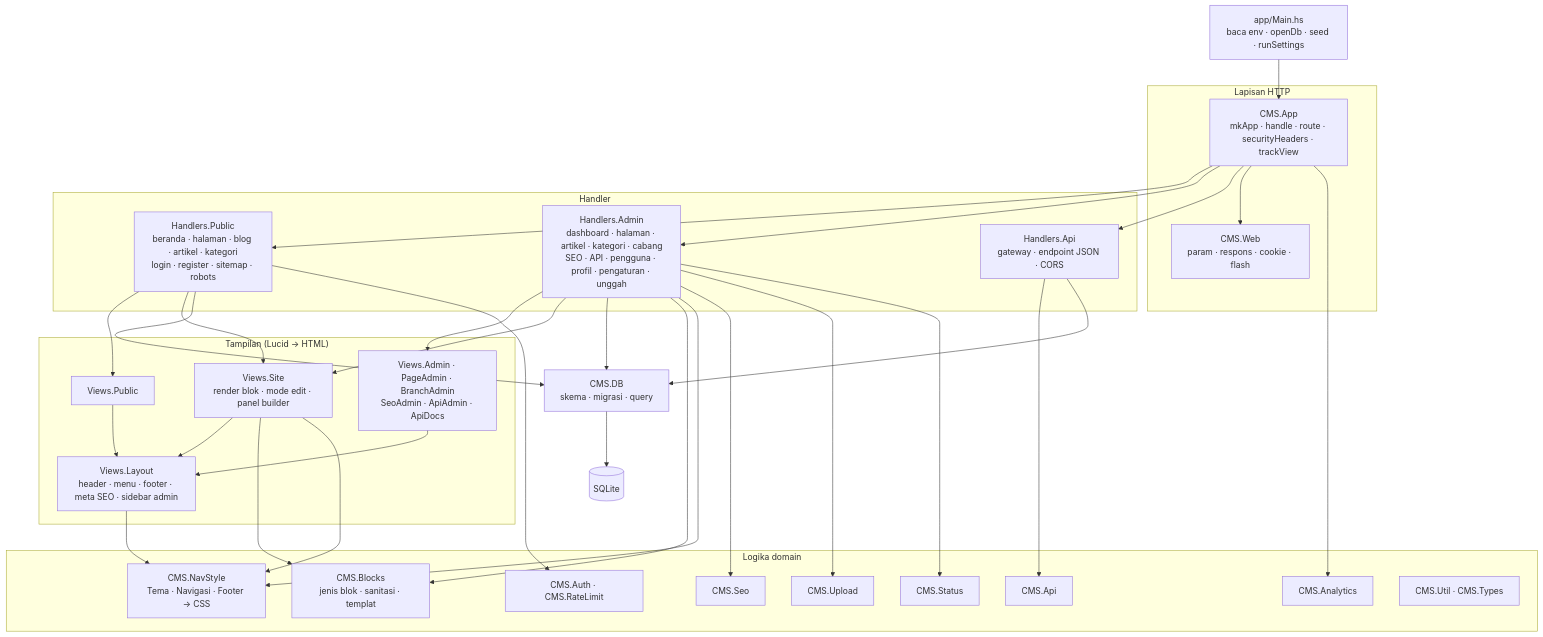
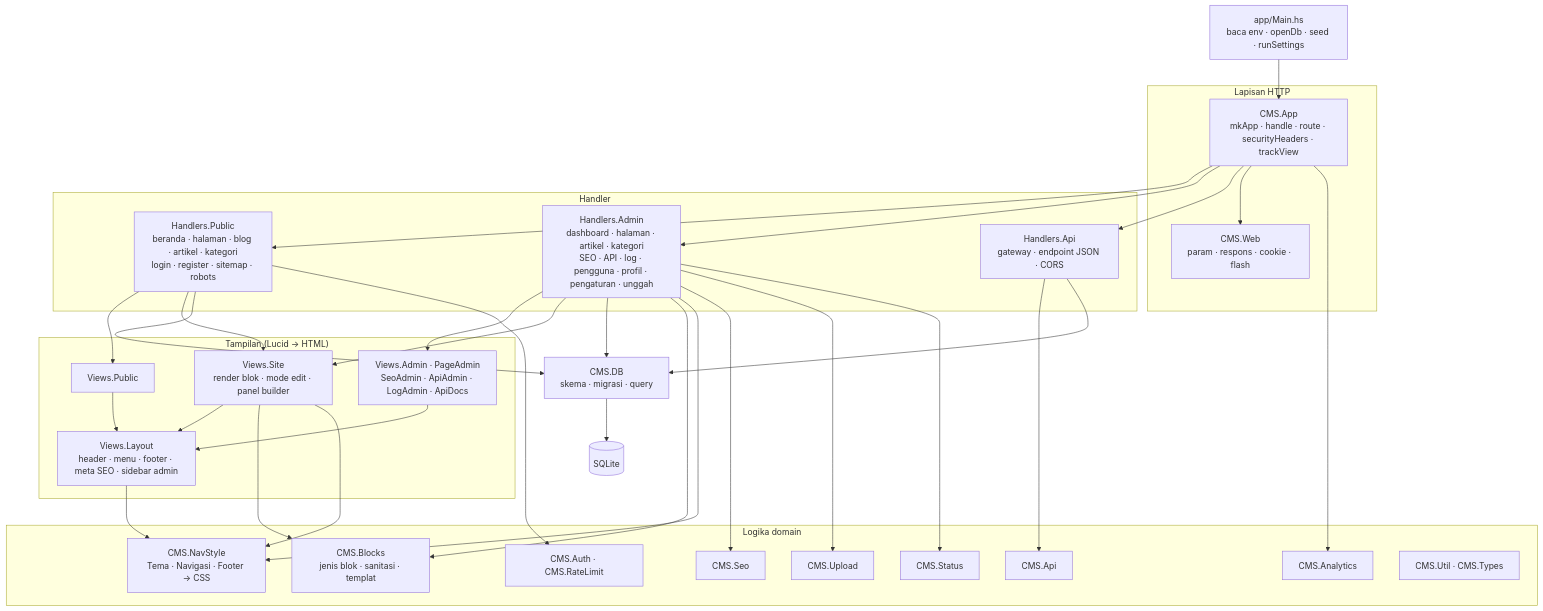
Before and after one commit to alvarezyrh/DCMS: the second of 15 diagrams in README.md, drawn with Mermaid. The commit also changed other lines of this file and 25 other files, not shown here.

First line of the commit message:
Hapus fitur cabang, tambah menu Log keamanan & unduh laporan Excel/PDF

````diff
--- a/README.md
+++ b/README.md
@@ -207,49 +216,49 @@
 ```mermaid
 flowchart TD
     Main["app/Main.hs<br/>baca env · openDb · seed · runSettings"] --> App
 
     subgraph L1["Lapisan HTTP"]
         App["CMS.App<br/>mkApp · handle · route · securityHeaders · trackView"]
         Web["CMS.Web<br/>param · respons · cookie · flash"]
     end
 
     subgraph L2["Handler"]
         HP["Handlers.Public<br/>beranda · halaman · blog · artikel · kategori<br/>login · register · sitemap · robots"]
-        HA["Handlers.Admin<br/>dashboard · halaman · artikel · kategori · cabang<br/>SEO · API · pengguna · profil · pengaturan · unggah"]
+        HA["Handlers.Admin<br/>dashboard · halaman · artikel · kategori<br/>SEO · API · log · pengguna · profil · pengaturan · unggah"]
         HX["Handlers.Api<br/>gateway · endpoint JSON · CORS"]
     end
 
     subgraph L3["Tampilan (Lucid → HTML)"]
         VL["Views.Layout<br/>header · menu · footer · meta SEO · sidebar admin"]
         VS["Views.Site<br/>render blok · mode edit · panel builder"]
         VP["Views.Public"]
-        VA["Views.Admin · PageAdmin · BranchAdmin<br/>SeoAdmin · ApiAdmin · ApiDocs"]
+        VA["Views.Admin · PageAdmin<br/>SeoAdmin · ApiAdmin · LogAdmin · ApiDocs"]
     end
 
     subgraph L4["Logika domain"]
         BL["CMS.Blocks<br/>jenis blok · sanitasi · templat"]
         NS["CMS.NavStyle<br/>Tema · Navigasi · Footer → CSS"]
         SEO["CMS.Seo"]
         AN["CMS.Analytics"]
         API["CMS.Api"]
         AU["CMS.Auth · CMS.RateLimit"]
         UP["CMS.Upload"]
         STS["CMS.Status"]
         UT["CMS.Util · CMS.Types"]
     end
 
     DBM["CMS.DB<br/>skema · migrasi · query"] --> SQL[("SQLite")]
 
     App --> HP & HA & HX
     App --> Web
     HP --> VP & VS
     HA --> VA & VS
     HX --> API
     VS & VP & VA --> VL
     HP & HA & HX --> DBM
     HA --> BL & NS & SEO & UP & STS
     HP --> AU
     App --> AN
     VS --> BL & NS
     VL --> NS
 ```
````
